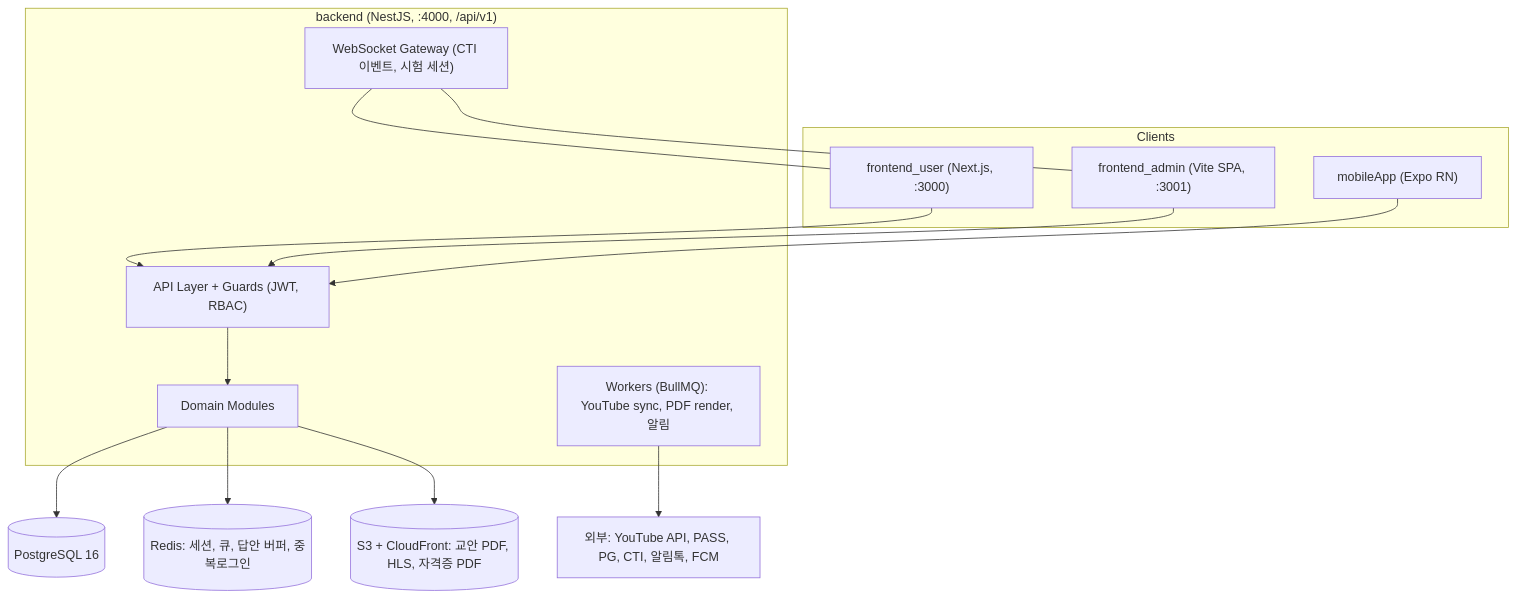
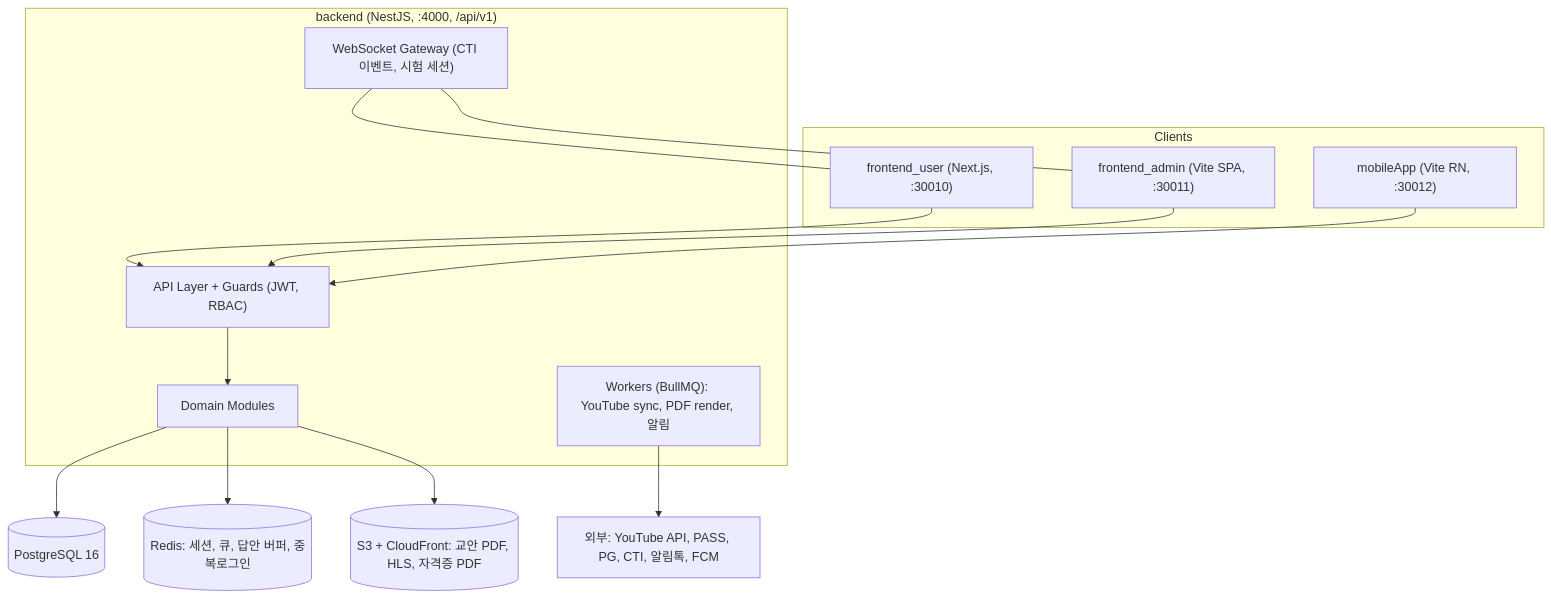
Before and after one commit to yojulab/ex_project_ecare24_elearning: the second of 3 diagrams in docs/IMPLEMENTATION_PLAN_ECARE24.md, drawn with Mermaid. The commit also changed 16 other files, not shown here.

````diff
--- a/docs/IMPLEMENTATION_PLAN_ECARE24.md
+++ b/docs/IMPLEMENTATION_PLAN_ECARE24.md
@@ -190,24 +190,24 @@
 ```mermaid
 flowchart TB
     subgraph Clients
-        FU["frontend_user (Next.js, :3000)"]
-        FA["frontend_admin (Vite SPA, :3001)"]
-        MA["mobileApp (Expo RN)"]
+        FU["frontend_user (Next.js, :30010)"]
+        FA["frontend_admin (Vite SPA, :30011)"]
+        MA["mobileApp (Vite RN, :30012)"]
     end
     subgraph Backend["backend (NestJS, :4000, /api/v1)"]
         GW["API Layer + Guards (JWT, RBAC)"]
         MOD["Domain Modules"]
         JOB["Workers (BullMQ): YouTube sync, PDF render, 알림"]
         WS["WebSocket Gateway (CTI 이벤트, 시험 세션)"]
     end
     DB[("PostgreSQL 16")]
     RD[("Redis: 세션, 큐, 답안 버퍼, 중복로그인")]
     S3[("S3 + CloudFront: 교안 PDF, HLS, 자격증 PDF")]
     EXT["외부: YouTube API, PASS, PG, CTI, 알림톡, FCM"]
     FU & FA & MA --> GW --> MOD --> DB
     MOD --> RD
     MOD --> S3
     JOB --> EXT
     WS --- FA
     WS --- FU
 ```
````
